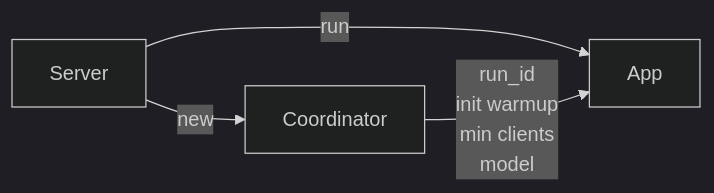
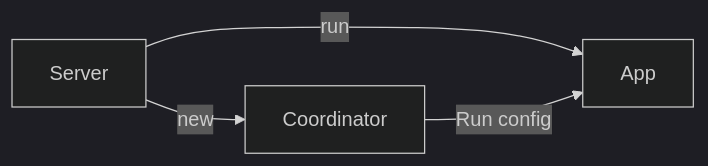
The fifth of 7 diagrams in psyche-book/src/explain/general-workflow.md (PsycheFoundation/psyche), drawn with Mermaid (dark theme) before and after one commit. The commit also changed other lines of this file and 9 other files, not shown here.

````diff
--- a/psyche-book/src/explain/general-workflow.md
+++ b/psyche-book/src/explain/general-workflow.md
@@ -157,9 +187,6 @@
 ```mermaid
 flowchart LR
     S[Server] --run--> A[App]
     S --new--> C[Coordinator]
-    C --run_id
-        init warmup
-        min clients
-        model--> A
+    C --Run config--> A
 ```
````
